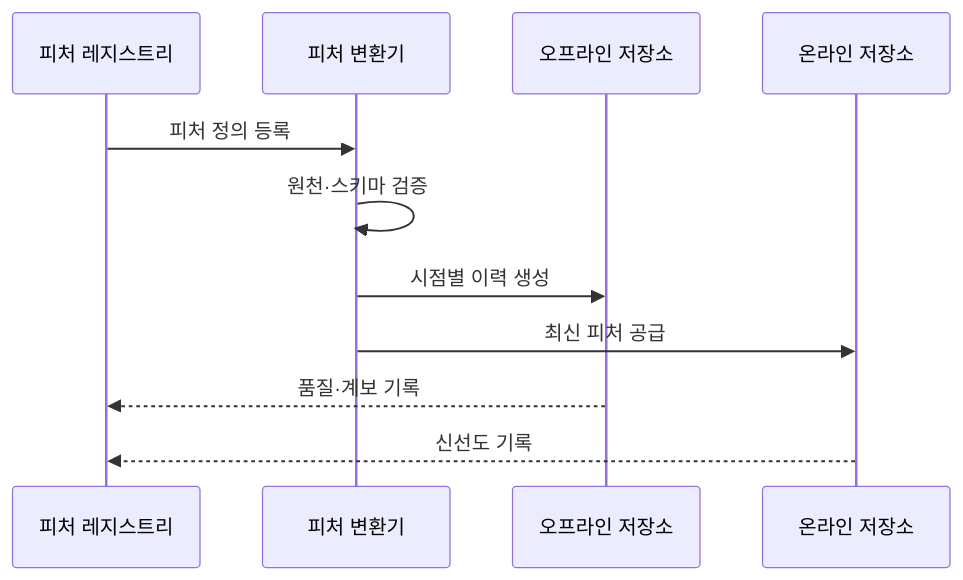
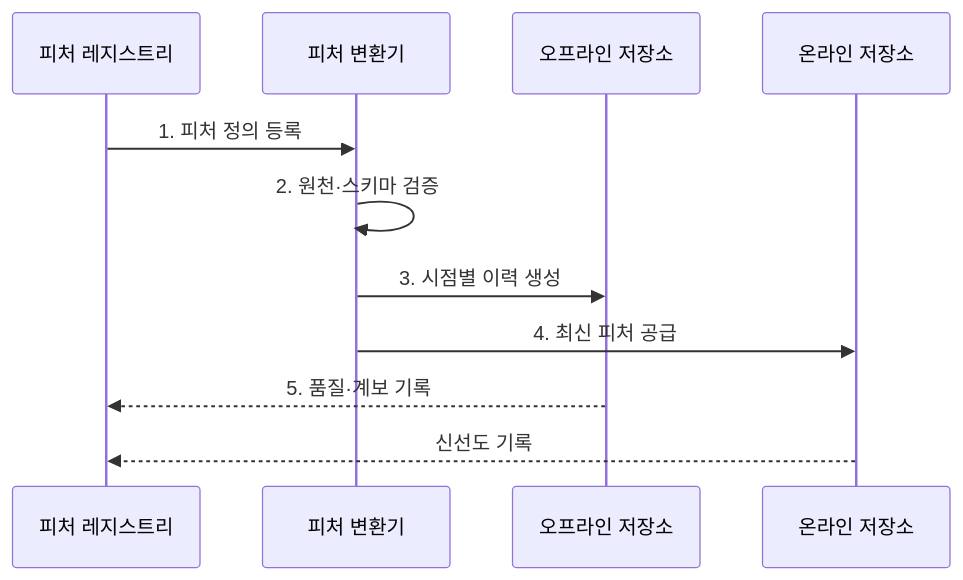
Before and after one commit to agnusdei1207/knowledge-base: the second of 2 diagrams in src/content/docs/notes/03-software/204_feature_store.md, drawn with Mermaid. The commit also changed other lines of this file and 20 other files, not shown here.

````diff
--- a/src/content/docs/notes/03-software/204_feature_store.md
+++ b/src/content/docs/notes/03-software/204_feature_store.md
@@ -86,13 +85,13 @@
 ```mermaid
 sequenceDiagram
     participant R as 피처 레지스트리
     participant T as 피처 변환기
     participant O as 오프라인 저장소
     participant N as 온라인 저장소
-    R->>T: 피처 정의 등록
-    T->>T: 원천·스키마 검증
-    T->>O: 시점별 이력 생성
-    T->>N: 최신 피처 공급
-    O-->>R: 품질·계보 기록
+    R->>T: 1. 피처 정의 등록
+    T->>T: 2. 원천·스키마 검증
+    T->>O: 3. 시점별 이력 생성
+    T->>N: 4. 최신 피처 공급
+    O-->>R: 5. 품질·계보 기록
     N-->>R: 신선도 기록
 ```
````
